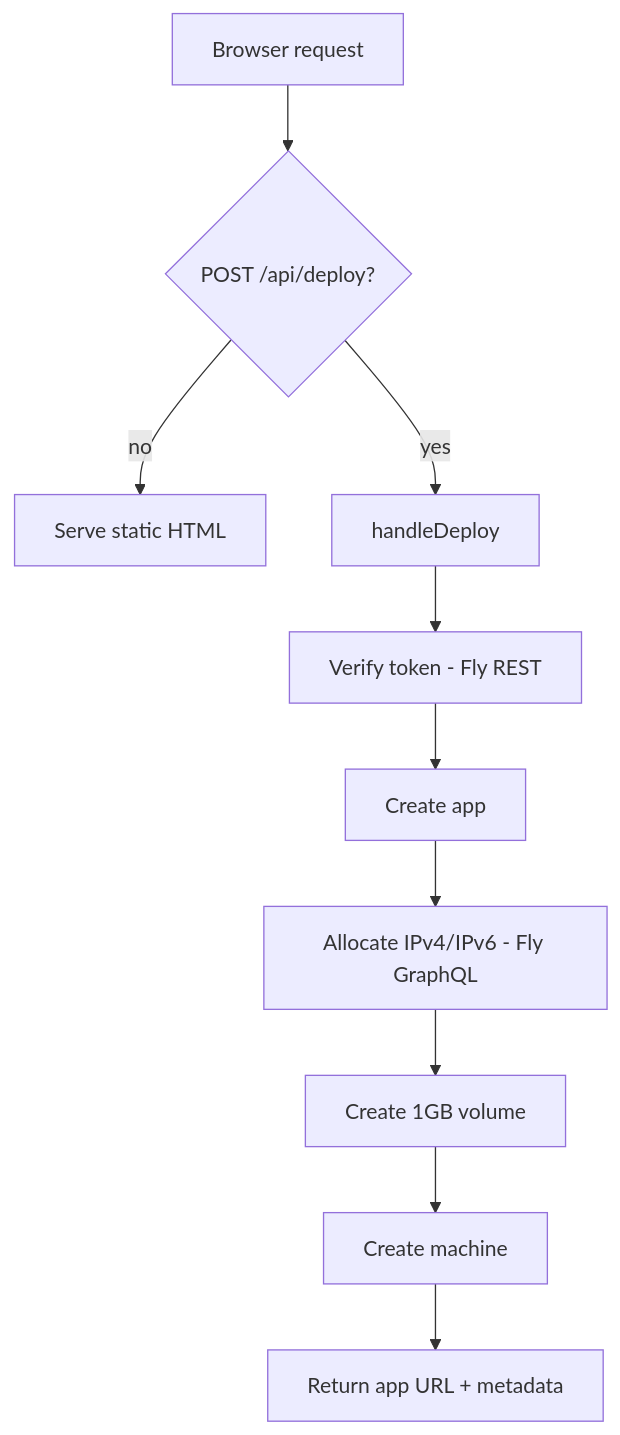
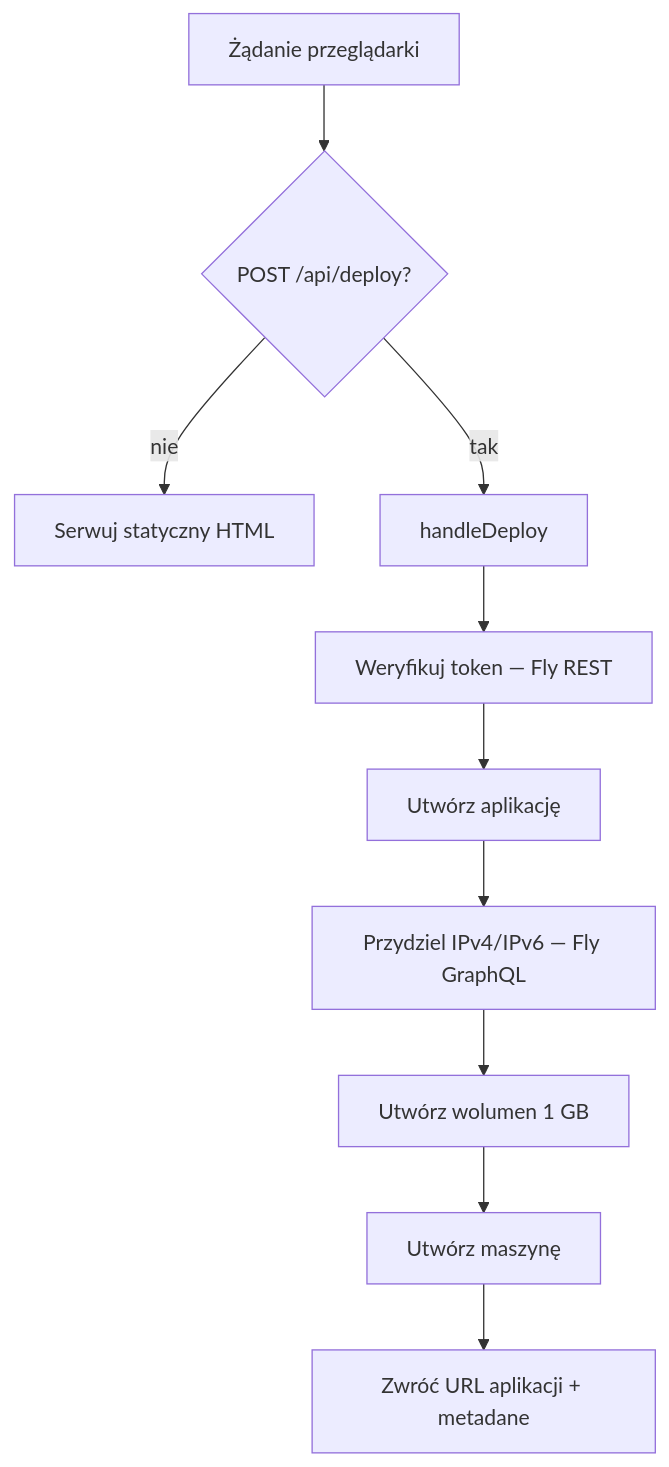
Before and after one commit to leszek3737/librefang-WIki: the diagram in deploy-worker.md, drawn with Mermaid. The commit also changed other lines of this file and 104 other files, not shown here.

````diff
--- a/deploy-worker.md
+++ b/deploy-worker.md
@@ -22,12 +22,12 @@
 ```mermaid
 flowchart TD
-    A[Browser request] --> B{POST /api/deploy?}
-    B -- no --> C[Serve static HTML]
-    B -- yes --> D[handleDeploy]
-    D --> E[Verify token - Fly REST]
-    E --> F[Create app]
-    F --> G[Allocate IPv4/IPv6 - Fly GraphQL]
-    G --> H[Create 1GB volume]
-    H --> I[Create machine]
-    I --> J[Return app URL + metadata]
+    A[Żądanie przeglądarki] --> B{POST /api/deploy?}
+    B -- nie --> C[Serwuj statyczny HTML]
+    B -- tak --> D[handleDeploy]
+    D --> E[Weryfikuj token — Fly REST]
+    E --> F[Utwórz aplikację]
+    F --> G[Przydziel IPv4/IPv6 — Fly GraphQL]
+    G --> H[Utwórz wolumen 1 GB]
+    H --> I[Utwórz maszynę]
+    I --> J[Zwróć URL aplikacji + metadane]
 ```
````
